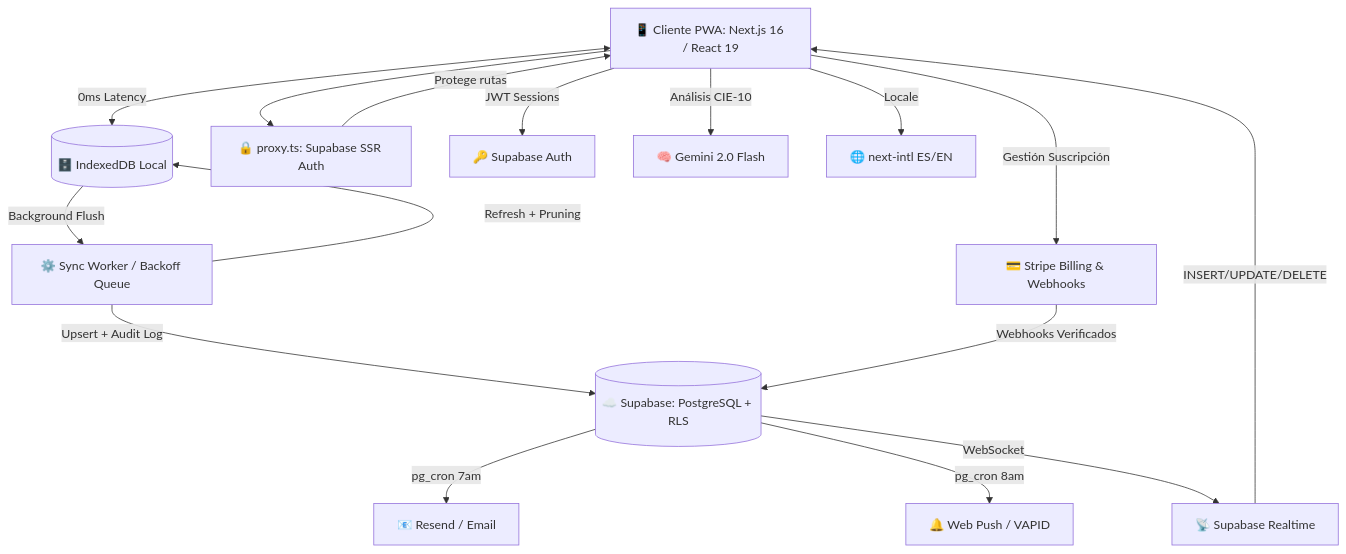
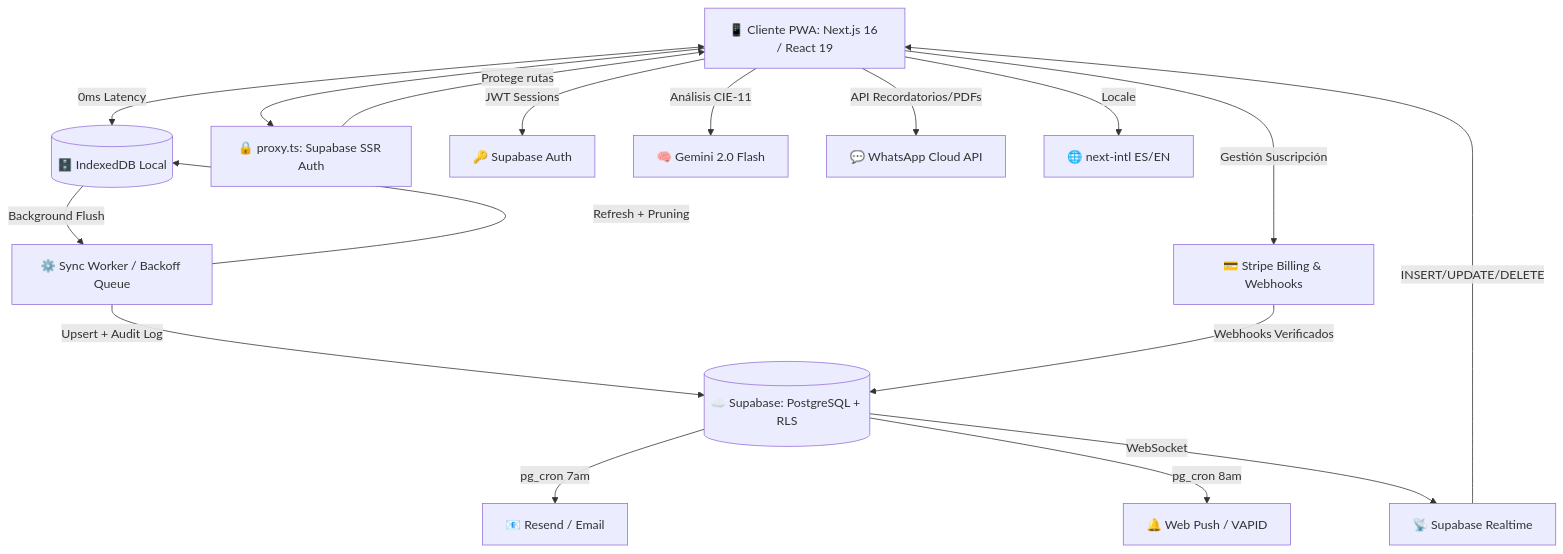
One commit to khryazid/HCE changed the diagram in README.md. Above: the diagram before and after it, drawn with Mermaid. The commit also changed other lines of this file and 87 other files, not shown here.

````diff
--- a/README.md
+++ b/README.md
@@ -134,31 +172,33 @@
 ```mermaid
 graph TD
     Client[📱 Cliente PWA: Next.js 16 / React 19]
     IDB[(🗄️ IndexedDB Local)]
     PROXY[🔒 proxy.ts: Supabase SSR Auth]
     SW[⚙️ Sync Worker / Backoff Queue]
     SupabaseDB[(☁️ Supabase: PostgreSQL + RLS)]
     Auth[🔑 Supabase Auth]
     AI[🧠 Gemini 2.0 Flash]
     Stripe[💳 Stripe Billing & Webhooks]
     Push[🔔 Web Push / VAPID]
     Email[📧 Resend / Email]
+    WhatsApp[💬 WhatsApp Cloud API]
     RT[📡 Supabase Realtime]
     i18n[🌐 next-intl ES/EN]
 
     Client --> PROXY
     PROXY -->|Protege rutas| Client
     Client <-->|0ms Latency| IDB
     IDB -->|Background Flush| SW
     SW -->|Upsert + Audit Log| SupabaseDB
     SW -->|Refresh + Pruning| IDB
     Client -->|JWT Sessions| Auth
-    Client -->|Análisis CIE-10| AI
+    Client -->|Análisis CIE-11| AI
     Client -->|Gestión Suscripción| Stripe
     Client -->|Locale| i18n
     Stripe -->|Webhooks Verificados| SupabaseDB
     SupabaseDB -->|pg_cron 7am| Email
     SupabaseDB -->|pg_cron 8am| Push
+    Client -->|API Recordatorios/PDFs| WhatsApp
     SupabaseDB -->|WebSocket| RT
     RT -->|INSERT/UPDATE/DELETE| Client
 ```
````
